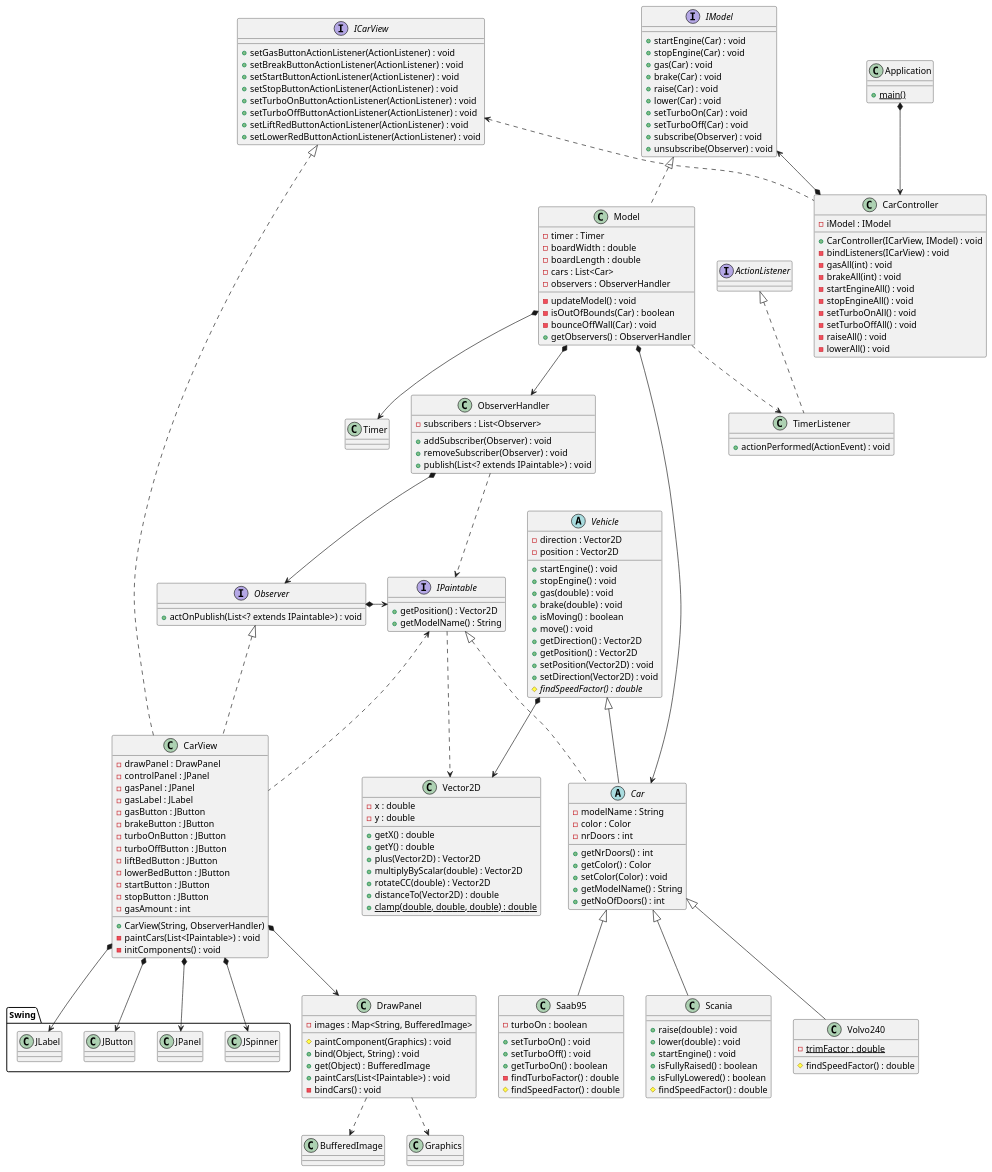
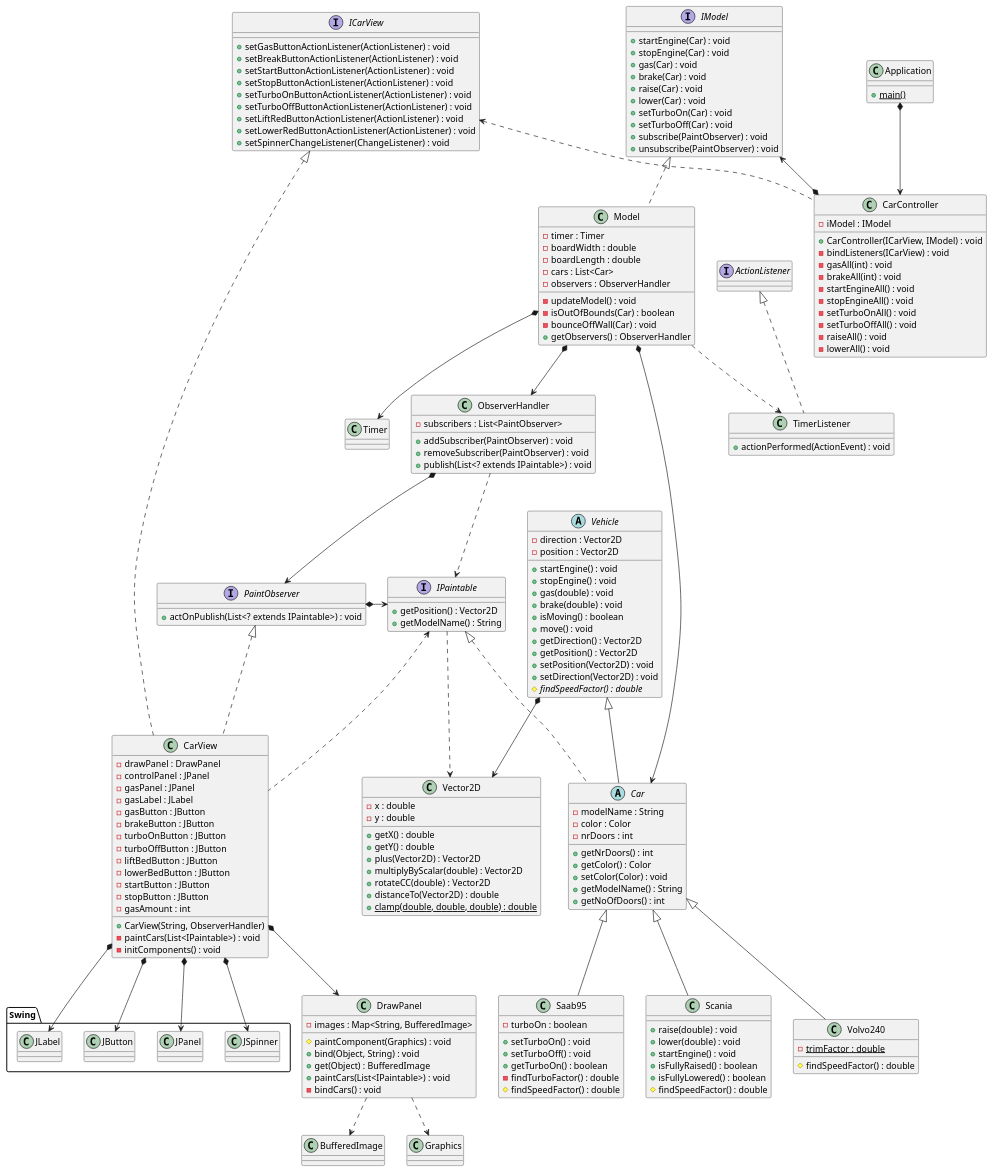
One commit to Yogaledare/dit953-lab2 changed the diagram in src/Uppg4-Lab2A.puml. Above: the diagram before and after it, drawn with PlantUML. The commit also changed 9 other files, not shown here.

```diff
--- a/src/Uppg4-Lab2A.puml
+++ b/src/Uppg4-Lab2A.puml
@@ -16,6 +16,7 @@
 +setTurboOffButtonActionListener(ActionListener) : void
 +setLiftRedButtonActionListener(ActionListener) : void
 +setLowerRedButtonActionListener(ActionListener) : void
++setSpinnerChangeListener(ChangeListener) : void
 }
 
 ICarView <|.. CarView
@@ -46,8 +47,8 @@
 +lower(Car) : void
 +setTurboOn(Car) : void
 +setTurboOff(Car) : void
-+subscribe(Observer) : void
-+unsubscribe(Observer) : void
++subscribe(PaintObserver) : void
++unsubscribe(PaintObserver) : void
 }
 
 IModel  <|.. Model
@@ -221,24 +222,24 @@
 
 Vehicle <|-- Car
 
-interface Observer{
+interface PaintObserver{
 + actOnPublish(List<? extends IPaintable>) : void
 }
 
-Observer *-> IPaintable
+PaintObserver *-> IPaintable
 
 class ObserverHandler{
-- subscribers : List<Observer>
-+ addSubscriber(Observer) : void
-+ removeSubscriber(Observer) : void
+- subscribers : List<PaintObserver>
++ addSubscriber(PaintObserver) : void
++ removeSubscriber(PaintObserver) : void
 + publish(List<? extends IPaintable>) : void
 }
 
-Observer <|.. CarView
+PaintObserver <|.. CarView
 Model *--> ObserverHandler
 
 
-ObserverHandler *--> Observer
+ObserverHandler *--> PaintObserver
 ObserverHandler ..> IPaintable
 
 
```
